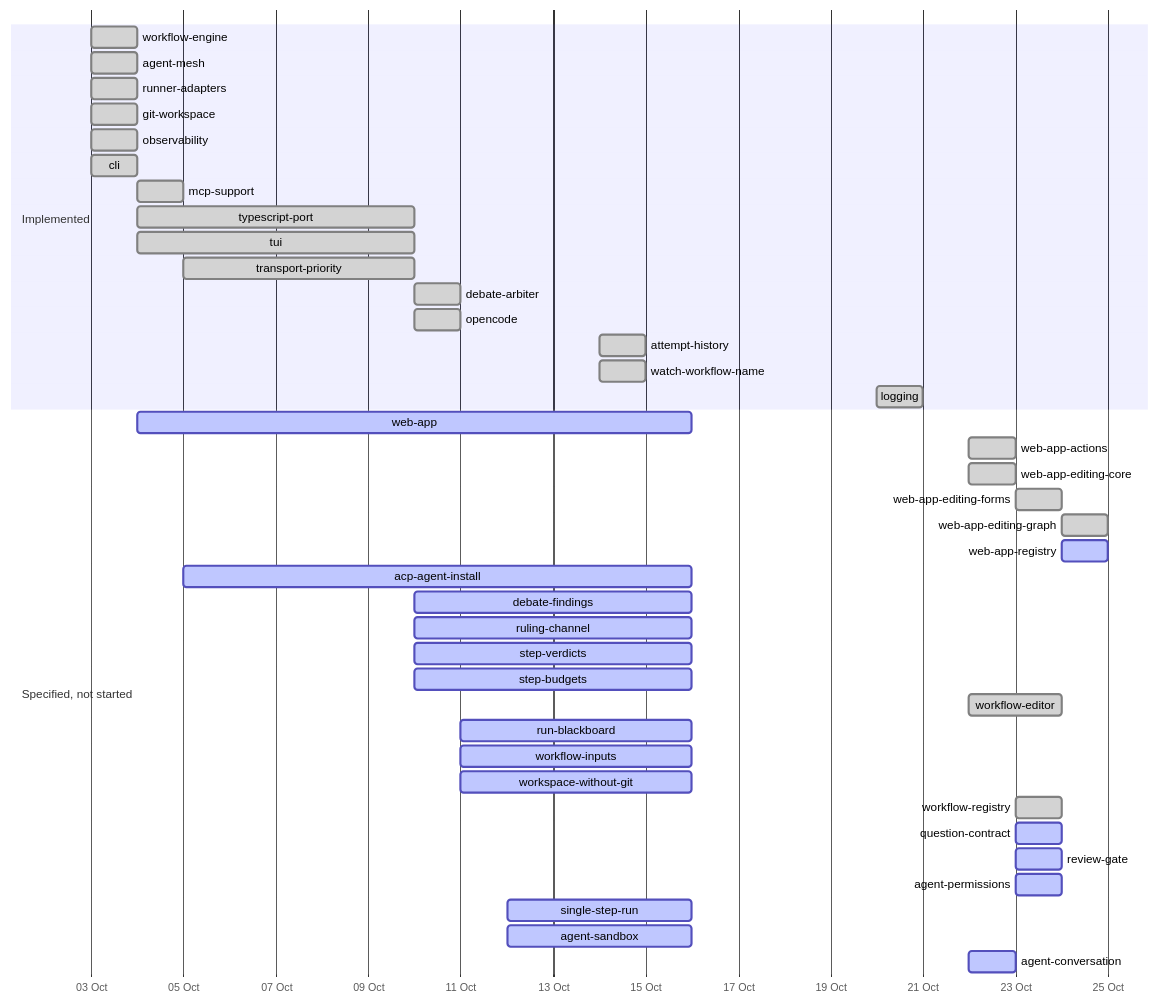
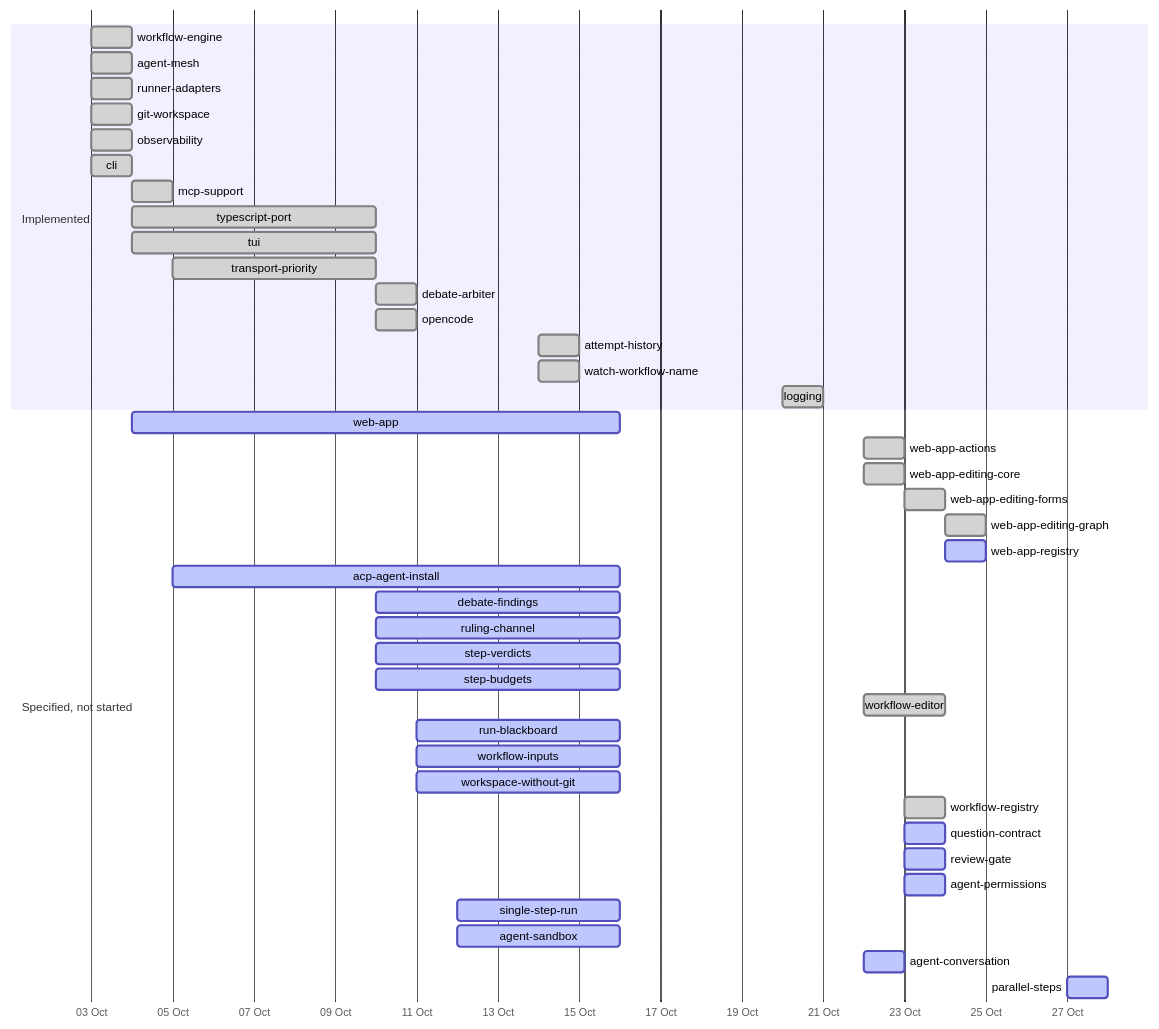
Before and after one commit to yaotzin1/indaba: the second of 2 diagrams in specs/DEPENDENCY_MAP.md, drawn with Mermaid. The commit also changed other lines of this file and 6 other files, not shown here.

First line of the commit message:
Specify parallel steps: independent steps of a run work at the same time

````diff
--- a/specs/DEPENDENCY_MAP.md
+++ b/specs/DEPENDENCY_MAP.md
@@ -71,44 +71,45 @@
 ```mermaid
 gantt
     dateFormat YYYY-MM-DD
     axisFormat %d %b
     section Implemented
     workflow-engine        :done, 2026-10-03, 2026-10-04
     agent-mesh             :done, 2026-10-03, 2026-10-04
     runner-adapters        :done, 2026-10-03, 2026-10-04
     git-workspace          :done, 2026-10-03, 2026-10-04
     observability          :done, 2026-10-03, 2026-10-04
     cli                    :done, 2026-10-03, 2026-10-04
     mcp-support            :done, 2026-10-04, 1d
     typescript-port        :done, 2026-10-04, 2026-10-10
     tui                    :done, 2026-10-04, 2026-10-10
     transport-priority     :done, 2026-10-05, 2026-10-10
     debate-arbiter         :done, 2026-10-10, 1d
     opencode               :done, 2026-10-10, 1d
     attempt-history        :done, 2026-10-14, 1d
     watch-workflow-name    :done, 2026-10-14, 1d
     logging                :done, 2026-10-20, 2026-10-21
     section Specified, not started
     web-app                :active, 2026-10-04, 2026-10-16
     web-app-actions        :done, 2026-10-22, 1d
     web-app-editing-core   :done, 2026-10-22, 1d
     web-app-editing-forms  :done, 2026-10-23, 1d
     web-app-editing-graph  :done, 2026-10-24, 1d
     web-app-registry       :active, 2026-10-24, 1d
     acp-agent-install      :active, 2026-10-05, 2026-10-16
     debate-findings        :active, 2026-10-10, 2026-10-16
     ruling-channel         :active, 2026-10-10, 2026-10-16
     step-verdicts          :active, 2026-10-10, 2026-10-16
     step-budgets           :active, 2026-10-10, 2026-10-16
     workflow-editor        :done, 2026-10-22, 2d
     run-blackboard         :active, 2026-10-11, 2026-10-16
     workflow-inputs        :active, 2026-10-11, 2026-10-16
     workspace-without-git  :active, 2026-10-11, 2026-10-16
     workflow-registry      :done, 2026-10-23, 1d
     question-contract      :active, 2026-10-23, 2026-10-24
     review-gate            :active, 2026-10-23, 2026-10-24
     agent-permissions      :active, 2026-10-23, 2026-10-24
     single-step-run        :active, 2026-10-12, 2026-10-16
     agent-sandbox          :active, 2026-10-12, 2026-10-16
     agent-conversation     :active, 2026-10-22, 2026-10-23
+    parallel-steps         :active, 2026-10-27, 1d
 ```
````
